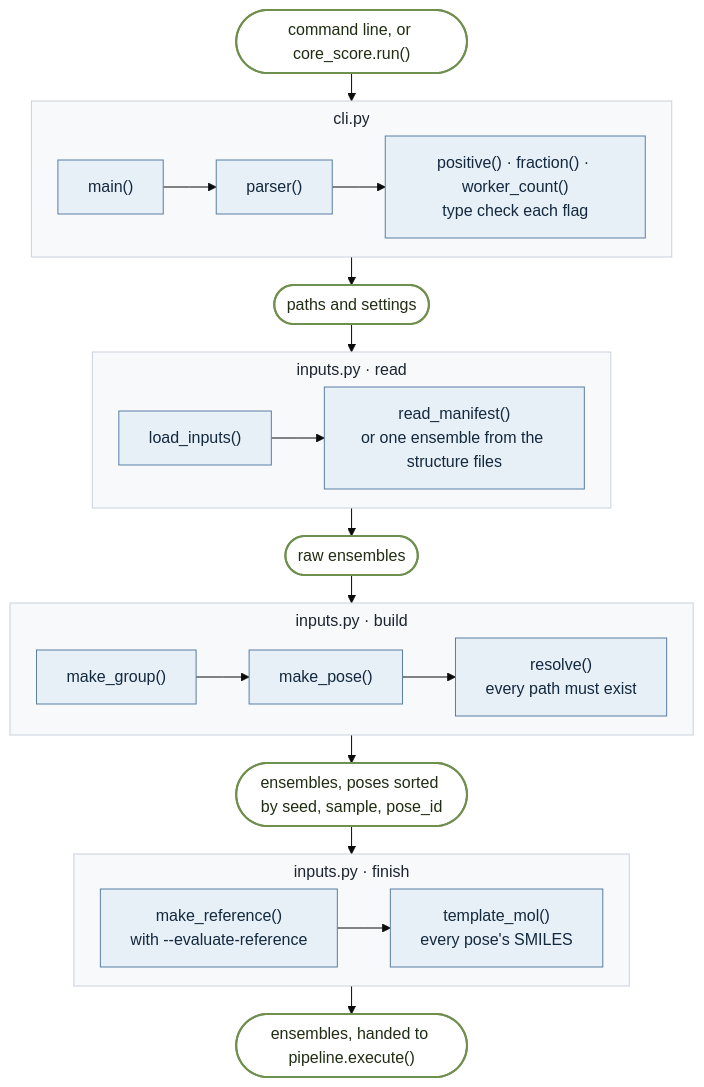
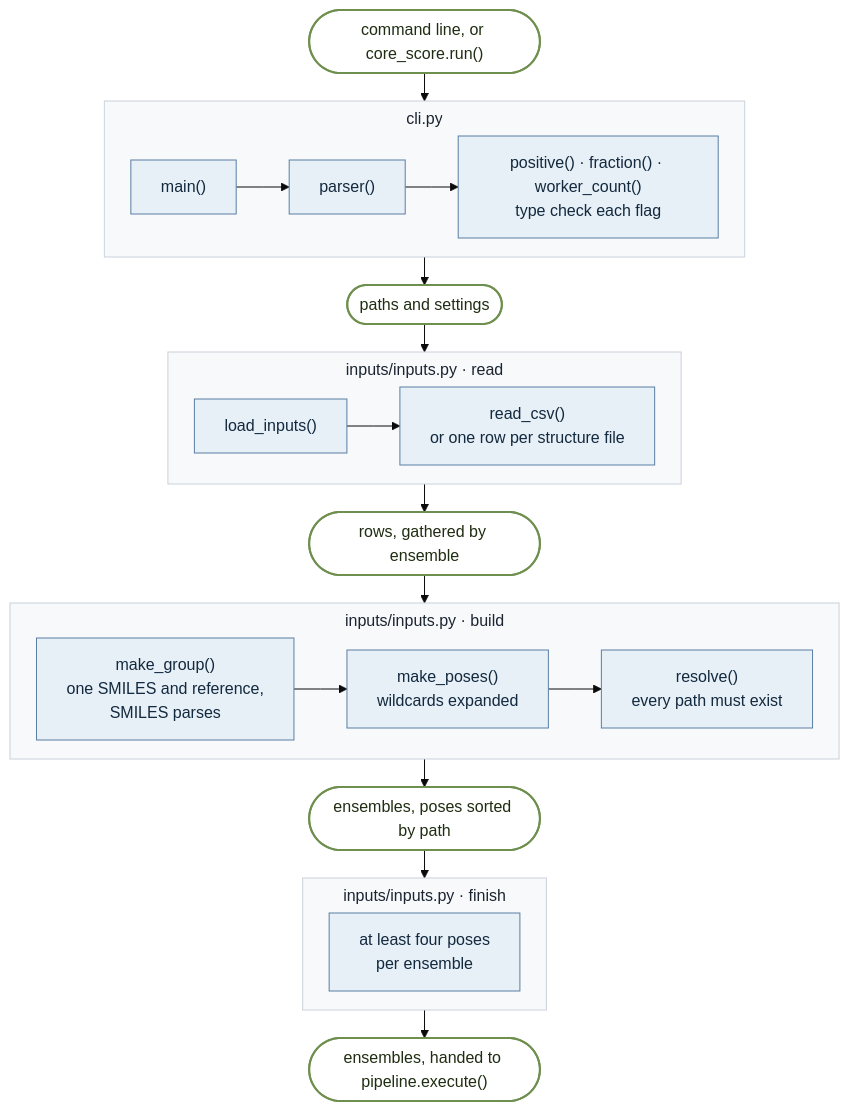
The second of 9 diagrams in docs/code-map.md (James-Broster/core-score), drawn with Mermaid (base theme) before and after one commit. The commit also changed other lines of this file and 47 other files, not shown here.

````diff
--- a/docs/code-map.md
+++ b/docs/code-map.md
@@ -85,37 +88,37 @@
 ```mermaid
 %%{init: {"flowchart": {"curve": "linear", "nodeSpacing": 18, "rankSpacing": 28, "subGraphTitleMargin": {"top": 6, "bottom": 10}}}}%%
 flowchart TB
     classDef fn fill:#e7eff7,stroke:#5b7fa3,color:#13293d
     classDef data fill:#ffffff,stroke:#6f8f4e,color:#1f2d12,stroke-width:2px
     classDef stage fill:#f7f9fb,stroke:#c9d2dc,color:#1b2430
 
     start(["command line, or core_score.run()"]):::data
 
     subgraph I1["cli.py"]
         direction LR
         a1["main()"]:::fn --> a2["parser()"]:::fn --> a3["positive() · fraction() · worker_count()<br/>type check each flag"]:::fn
     end
     d1(["paths and settings"]):::data
 
-    subgraph I2["inputs.py · read"]
+    subgraph I2["inputs/inputs.py · read"]
         direction LR
-        b1["load_inputs()"]:::fn --> b2["read_manifest()<br/>or one ensemble from the structure files"]:::fn
+        b1["load_inputs()"]:::fn --> b2["read_csv()<br/>or one row per structure file"]:::fn
     end
-    d2(["raw ensembles"]):::data
+    d2(["rows, gathered by ensemble"]):::data
 
-    subgraph I3["inputs.py · build"]
+    subgraph I3["inputs/inputs.py · build"]
         direction LR
-        c1["make_group()"]:::fn --> c2["make_pose()"]:::fn --> c3["resolve()<br/>every path must exist"]:::fn
+        c1["make_group()<br/>one SMILES and reference,<br/>SMILES parses"]:::fn --> c2["make_poses()<br/>wildcards expanded"]:::fn --> c3["resolve()<br/>every path must exist"]:::fn
     end
-    d3(["ensembles, poses sorted by seed, sample, pose_id"]):::data
+    d3(["ensembles, poses sorted by path"]):::data
 
-    subgraph I4["inputs.py · finish"]
+    subgraph I4["inputs/inputs.py · finish"]
         direction LR
-        e1["make_reference()<br/>with --evaluate-reference"]:::fn --> e2["template_mol()<br/>every pose's SMILES"]:::fn
+        e1["at least four poses<br/>per ensemble"]:::fn
     end
     d4(["ensembles, handed to pipeline.execute()"]):::data
 
     start --> I1 --> d1 --> I2 --> d2 --> I3 --> d3 --> I4 --> d4
 
     class I1,I2,I3,I4 stage
 ```
````
